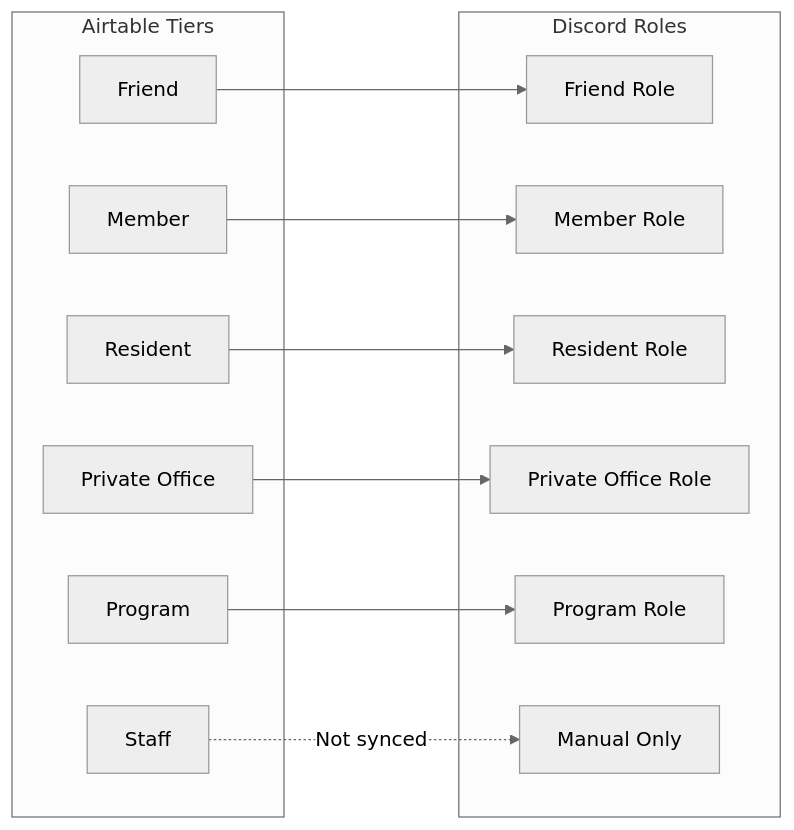
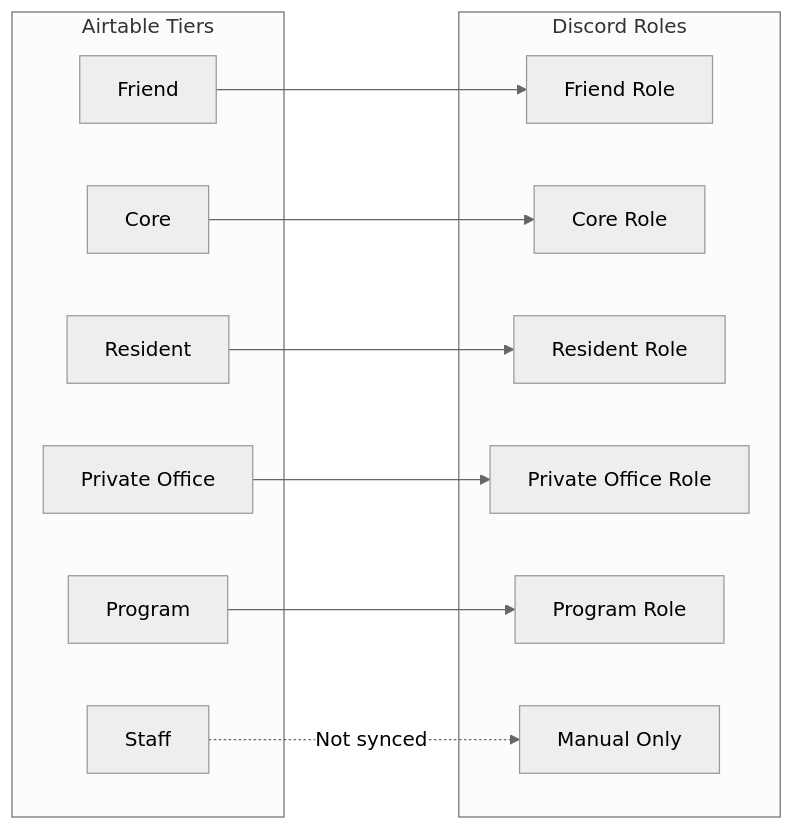
One commit to manifoldmarkets/mox-sf changed the third of 6 diagrams in docs/workflows/discord-role-sync.md. Above: the diagram before and after it, drawn with Mermaid (neutral theme). The commit also changed 14 other files, not shown here.

First line of the commit message:
Rename Member tier to Core

````diff
--- a/docs/workflows/discord-role-sync.md
+++ b/docs/workflows/discord-role-sync.md
@@ -55,27 +55,27 @@
 ```mermaid
 flowchart LR
     subgraph Airtable["Airtable Tiers"]
         T1[Friend]
-        T2[Member]
+        T2[Core]
         T3[Resident]
         T4[Private Office]
         T5[Program]
         T6[Staff]
     end
 
     subgraph Discord["Discord Roles"]
         R1[Friend Role]
-        R2[Member Role]
+        R2[Core Role]
         R3[Resident Role]
         R4[Private Office Role]
         R5[Program Role]
         R6[Manual Only]
     end
 
     T1 --> R1
     T2 --> R2
     T3 --> R3
     T4 --> R4
     T5 --> R5
     T6 -.->|Not synced| R6
 ```
````
